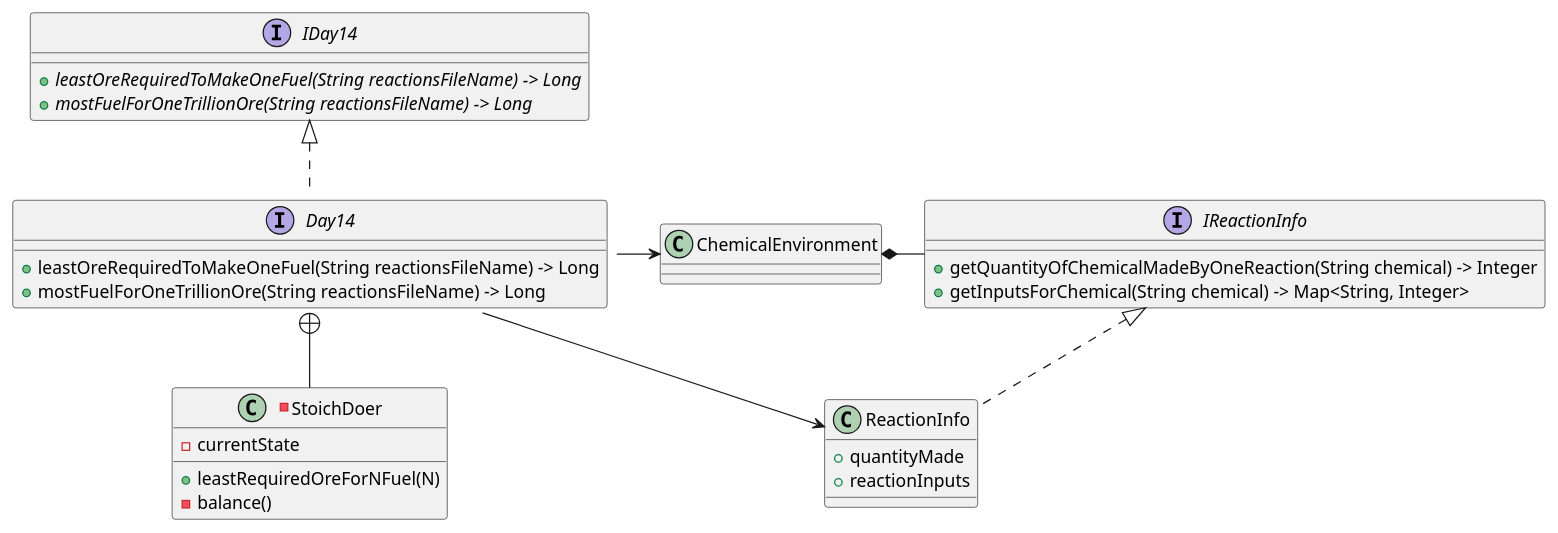
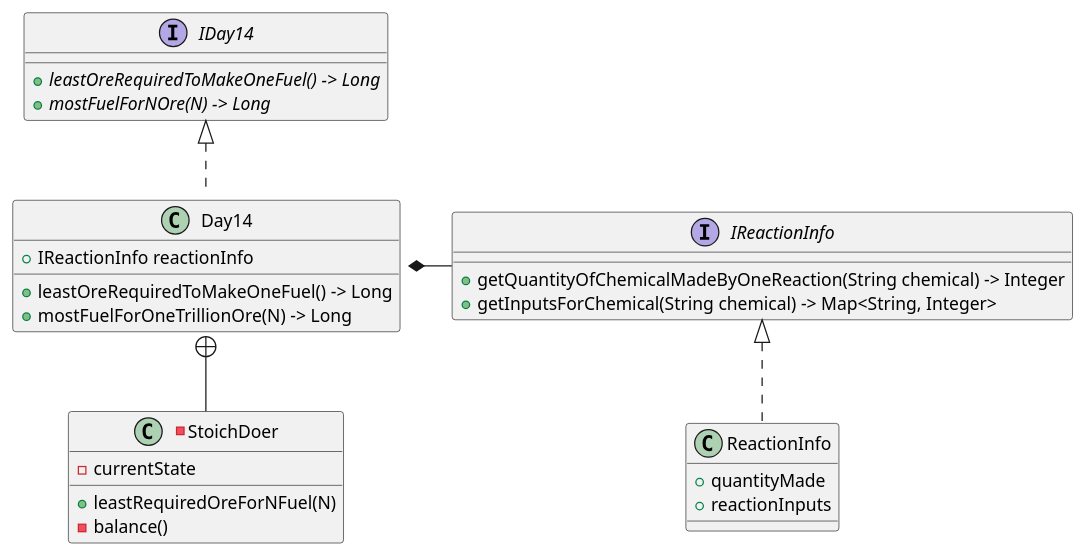
Before and after one commit to jdbr827/AdventOfCode_2019_Java: the diagram in src/year_2019/day14/day_14_uml.puml, drawn with PlantUML. The commit also changed 9 other files, not shown here.

```diff
--- a/src/year_2019/day14/day_14_uml.puml
+++ b/src/year_2019/day14/day_14_uml.puml
@@ -1,50 +1,47 @@
 @startuml
 'https://plantuml.com/class-diagram
 
 
 
 class ReactionInfo {
 + quantityMade
 + reactionInputs
 }
 
 -class StoichDoer {
 +leastRequiredOreForNFuel(N)
 - currentState
 - balance()
 }
 
 interface IReactionInfo {
 +getQuantityOfChemicalMadeByOneReaction(String chemical) -> Integer
 +getInputsForChemical(String chemical) -> Map<String, Integer>
 }
 
 interface IDay14 {
-+{abstract}leastOreRequiredToMakeOneFuel(String reactionsFileName) -> Long
-+{abstract}mostFuelForOneTrillionOre(String reactionsFileName) -> Long
++{abstract}leastOreRequiredToMakeOneFuel() -> Long
++{abstract}mostFuelForNOre(N) -> Long
 
 }
 
-interface Day14 {
-+leastOreRequiredToMakeOneFuel(String reactionsFileName) -> Long
-+mostFuelForOneTrillionOre(String reactionsFileName) -> Long
+class Day14 {
++IReactionInfo reactionInfo
++leastOreRequiredToMakeOneFuel() -> Long
++mostFuelForOneTrillionOre(N) -> Long
 
 }
 
-Class ChemicalEnvironment {
-}
 
 
 IDay14 <|.. Day14
 
-ChemicalEnvironment *- IReactionInfo
+Day14 *- IReactionInfo
 IReactionInfo <|.. ReactionInfo
-Day14 -> ChemicalEnvironment
-Day14 -> ReactionInfo
 
 
 
 Day14::leastRequiredOreForNFuel +--StoichDoer
 
 
 @enduml
```
